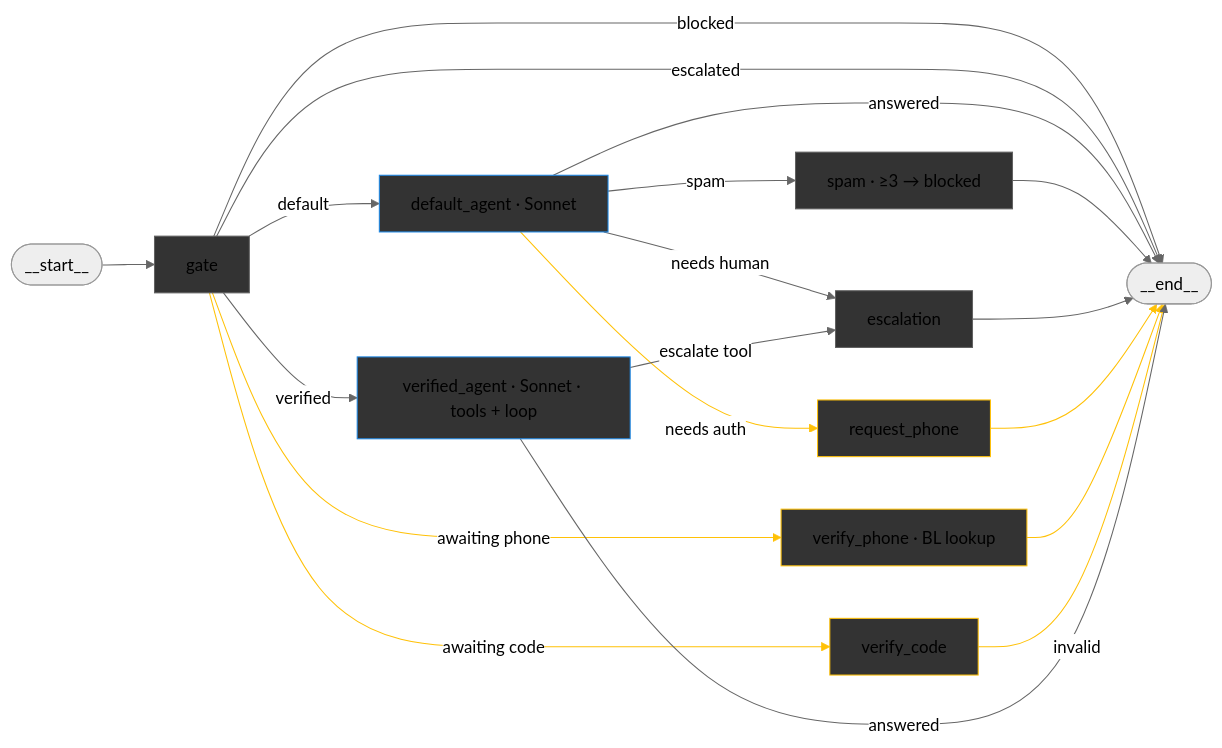
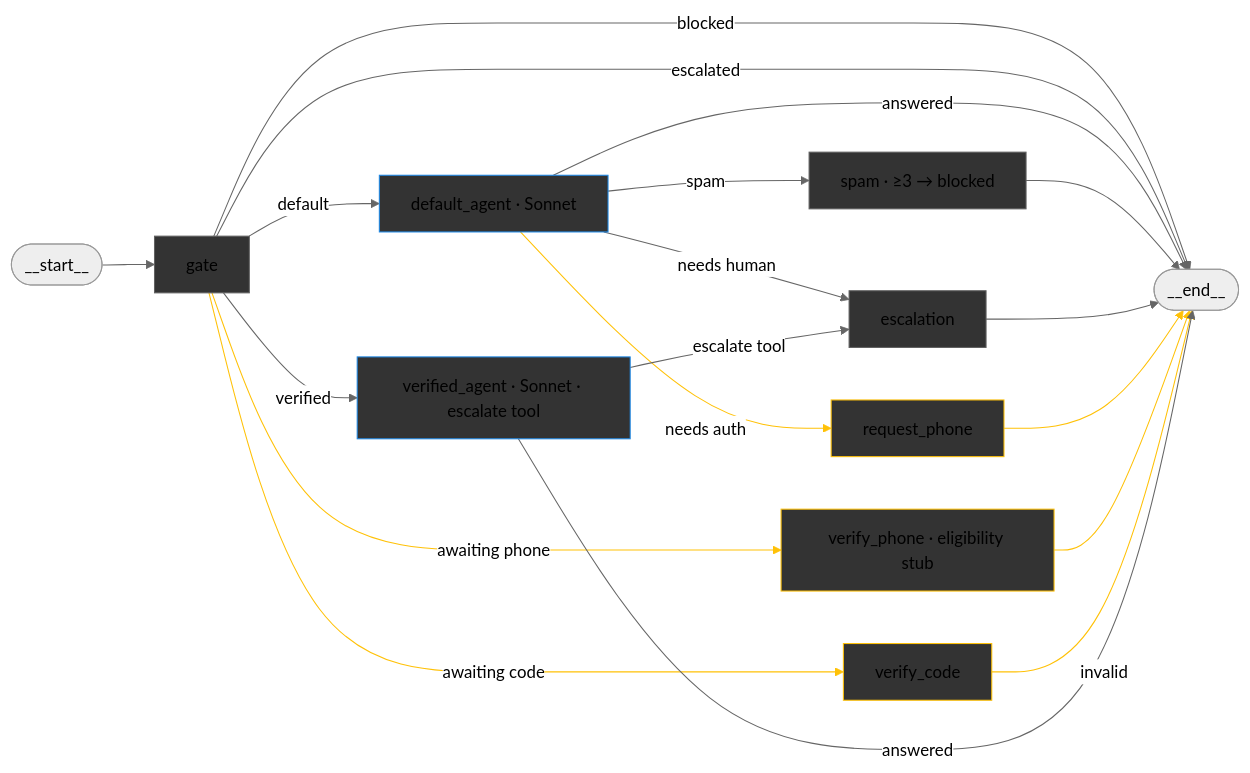
The diagram in apps/main/src/graphs/chat/chat.graph.md (lebrande/eth-silesia-2026-hackathon), drawn with Mermaid (neutral theme) before and after one commit. The commit also changed 30 other files, not shown here.

````diff
--- a/apps/main/src/graphs/chat/chat.graph.md
+++ b/apps/main/src/graphs/chat/chat.graph.md
@@ -1,45 +1,45 @@
 ```mermaid
 graph LR
     classDef llm fill:#333,stroke:#1e88e5
     classDef logic fill:#333,stroke:#616161
     classDef auth fill:#333,stroke:#ffc107
 
     __START__([__start__])
     gate["gate"]:::logic
     __END__([__end__])
 
     default_agent["default_agent · Sonnet"]:::llm
     spam["spam · ≥3 → blocked"]:::logic
     escalation["escalation"]:::logic
 
     request_phone["request_phone"]:::auth
-    verify_phone["verify_phone · BL lookup"]:::auth
+    verify_phone["verify_phone · eligibility stub"]:::auth
     verify_code["verify_code"]:::auth
 
-    verified_agent["verified_agent · Sonnet · tools + loop"]:::llm
+    verified_agent["verified_agent · Sonnet · escalate tool"]:::llm
 
     __START__ --> gate
 
     gate -->|"blocked"| __END__
     gate -->|"escalated"| __END__
 
     gate -->|"default"| default_agent
     default_agent -->|"answered"| __END__
     default_agent -->|"spam"| spam
     spam --> __END__
     default_agent -->|"needs human"| escalation
     escalation --> __END__
 
     default_agent -->|"needs auth"| request_phone
     gate -->|"awaiting phone"| verify_phone
     gate -->|"awaiting code"| verify_code
     request_phone --> __END__
     verify_phone --> __END__
     verify_code -->|"invalid"| __END__
 
     gate -->|"verified"| verified_agent
     verified_agent -->|"answered"| __END__
     verified_agent -->|"escalate tool"| escalation
 
     linkStyle 9,10,11,12,13,14 stroke:#ffc107
 ```
````
